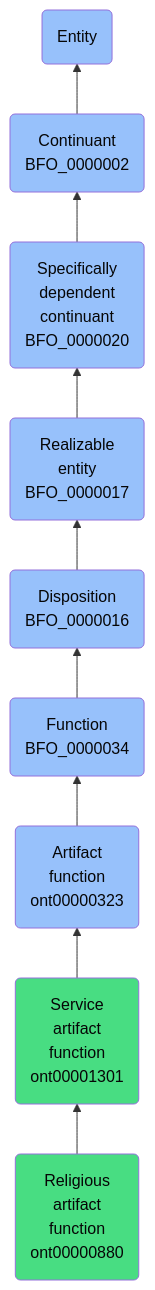
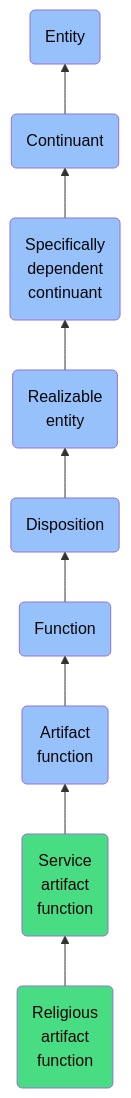
The diagram in docs/ontology/reference/model/Entity/Continuant/Specifically dependent continuant/Realizable entity/Disposition/Function/Artifact function/Service artifact function/Religious artifact function/Religious artifact function.md (jupyter-naas/abi), drawn with Mermaid before and after one commit. The commit also changed other lines of this file and 1430 other files, not shown here.

````diff
--- a/docs/ontology/reference/model/Entity/Continuant/Specifically dependent continuant/Realizable entity/Disposition/Function/Artifact function/Service artifact function/Religious artifact function/Religious artifact function.md
+++ b/docs/ontology/reference/model/Entity/Continuant/Specifically dependent continuant/Realizable entity/Disposition/Function/Artifact function/Service artifact function/Religious artifact function/Religious artifact function.md
@@ -24,16 +24,16 @@
 ```mermaid
 graph BT
-    ont00000880(Religious<br>artifact<br>function<br>ont00000880):::ABI-->ont00001301
-    ont00001301(Service<br>artifact<br>function<br>ont00001301):::ABI-->ont00000323
-    ont00000323(Artifact<br>function<br>ont00000323):::BFO-->BFO_0000034
-    BFO_0000034(Function<br>BFO_0000034):::BFO-->BFO_0000016
-    BFO_0000016(Disposition<br>BFO_0000016):::BFO-->BFO_0000017
-    BFO_0000017(Realizable<br>entity<br>BFO_0000017):::BFO-->BFO_0000020
-    BFO_0000020(Specifically<br>dependent<br>continuant<br>BFO_0000020):::BFO-->BFO_0000002
-    BFO_0000002(Continuant<br>BFO_0000002):::BFO-->BFO_0000001
+    ont00000880(Religious<br>artifact<br>function):::ABI-->ont00001301
+    ont00001301(Service<br>artifact<br>function):::ABI-->ont00000323
+    ont00000323(Artifact<br>function):::BFO-->BFO_0000034
+    BFO_0000034(Function):::BFO-->BFO_0000016
+    BFO_0000016(Disposition):::BFO-->BFO_0000017
+    BFO_0000017(Realizable<br>entity):::BFO-->BFO_0000020
+    BFO_0000020(Specifically<br>dependent<br>continuant):::BFO-->BFO_0000002
+    BFO_0000002(Continuant):::BFO-->BFO_0000001
     BFO_0000001(Entity):::BFO
     
     classDef BFO fill:#97c1fb,color:#060606
     classDef CCO fill:#e4c51e,color:#060606
     classDef ABI fill:#48DD82,color:#060606
 ```
````
